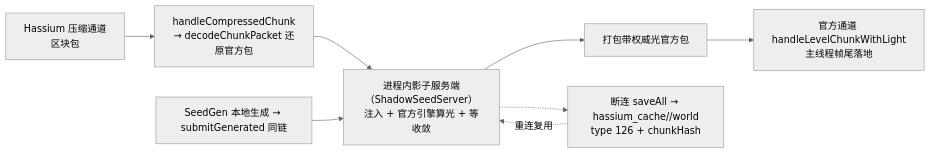
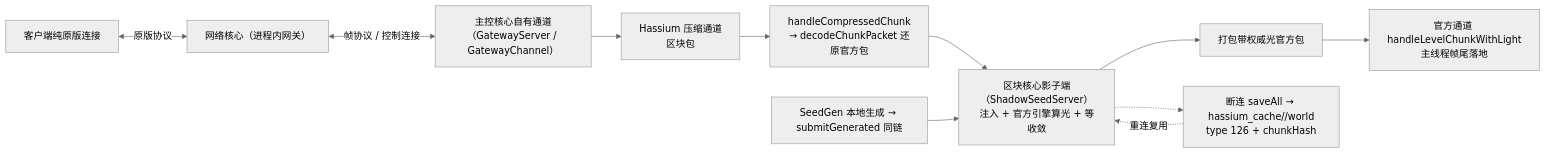
One commit to limuqy/Hassium changed the diagram in README.md. Above: the diagram before and after it, drawn with Mermaid (neutral theme). The commit also changed other lines of this file and 6 other files, not shown here.

````diff
--- a/README.md
+++ b/README.md
@@ -124,15 +125,20 @@
 ```mermaid
 flowchart LR
+    client["客户端纯原版连接"]
+    gw["网络核心（进程内网关）"]
+    mc["主控核心自有通道<br/>（GatewayServer / GatewayChannel）"]
     wire["Hassium 压缩通道<br/>区块包"]
     decode["handleCompressedChunk<br/>→ decodeChunkPacket 还原官方包"]
-    shadow["进程内影子服务端（ShadowSeedServer）<br/>注入 + 官方引擎算光 + 等收敛"]
+    shadow["区块核心影子端（ShadowSeedServer）<br/>注入 + 官方引擎算光 + 等收敛"]
     pack["打包带权威光官方包"]
     apply["官方通道 handleLevelChunkWithLight<br/>主线程帧尾落地"]
     save["断连 saveAll → hassium_cache/<serverId>/world<br/>type 126 + chunkHash"]
     regen["SeedGen 本地生成 → submitGenerated 同链"]
 
-    wire --> decode --> shadow --> pack --> apply
+    client <-->|"原版协议"| gw
+    gw <-->|"帧协议 / 控制连接"| mc
+    mc --> wire --> decode --> shadow --> pack --> apply
     regen --> shadow
     shadow -.-> save
     save -.->|"重连复用"| shadow
 ```
````
